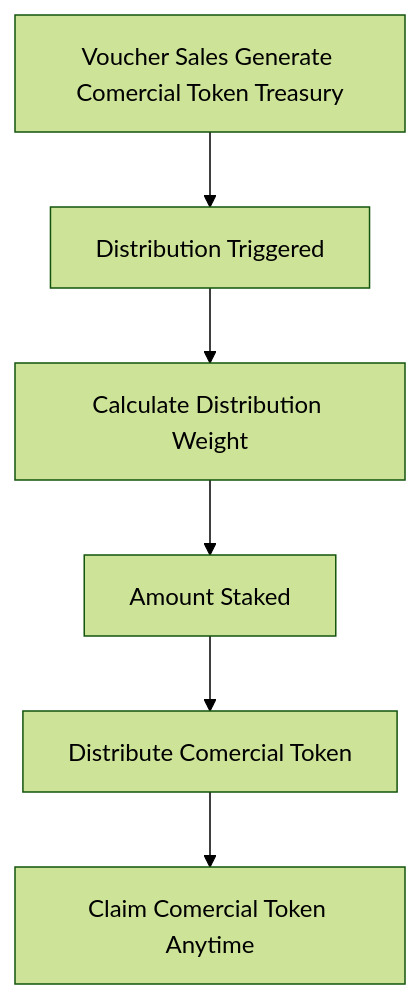
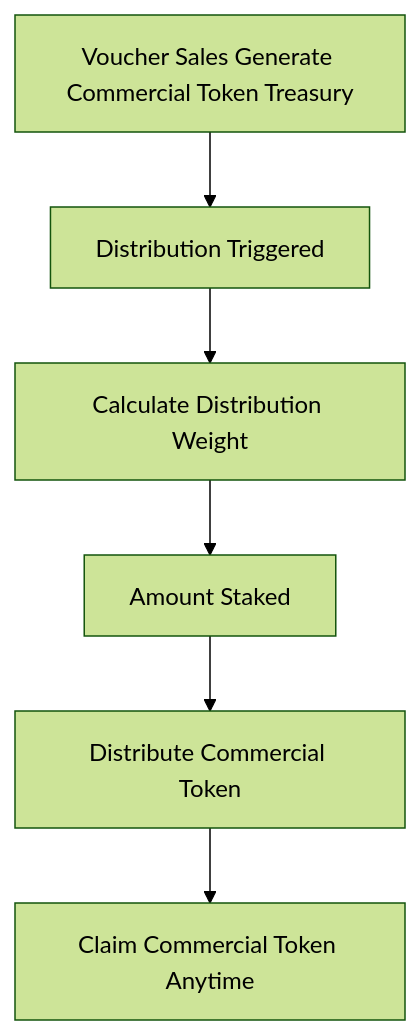
Before and after one commit to DeGym/documentation: the second of 2 diagrams in gym-dao/reward-program.md, drawn with Mermaid. The commit also changed other lines of this file, not shown here.

````diff
--- a/gym-dao/reward-program.md
+++ b/gym-dao/reward-program.md
@@ -79,10 +87,10 @@
 ```mermaid
 %%{init: {'theme': 'forest'}}%%
 
 graph TB
-    A[Voucher Sales Generate Comercial Token Treasury] --> B[Distribution Triggered]
+    A[Voucher Sales Generate Commercial Token Treasury] --> B[Distribution Triggered]
     B --> C[Calculate Distribution Weight]
     C --> D[Amount Staked]
-    D --> E[Distribute Comercial Token]
-    E --> F[Claim Comercial Token Anytime]
+    D --> E[Distribute Commercial Token]
+    E --> F[Claim Commercial Token Anytime]
 ```
````
